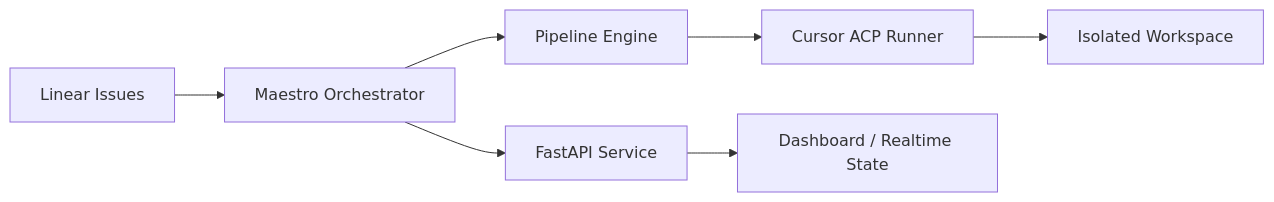
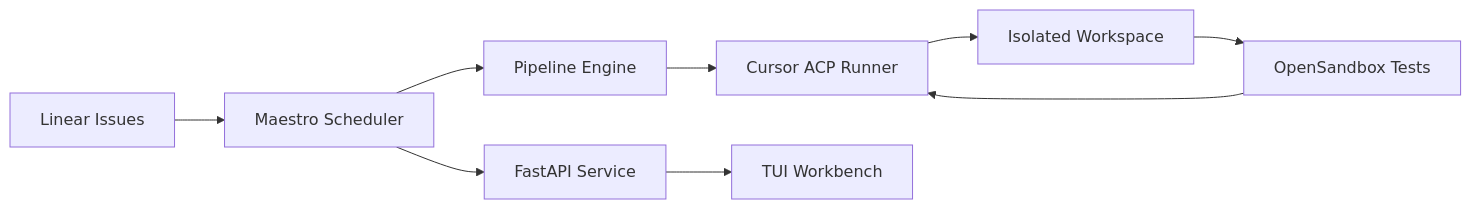
The diagram in README.md (neilzhangpro/Maestro), drawn with Mermaid before and after one commit. The commit also changed other lines of this file and 13 other files, not shown here.

````diff
--- a/README.md
+++ b/README.md
@@ -58,9 +62,11 @@
 ```mermaid
 flowchart LR
-    A[Linear Issues] --> B[Maestro Orchestrator]
+    A[Linear Issues] --> B[Maestro Scheduler]
     B --> C[Pipeline Engine]
     C --> D[Cursor ACP Runner]
     D --> E[Isolated Workspace]
     B --> F[FastAPI Service]
-    F --> G[Dashboard / Realtime State]
+    F --> G[TUI Workbench]
+    E --> H[OpenSandbox Tests]
+    H --> D
 ```
````
